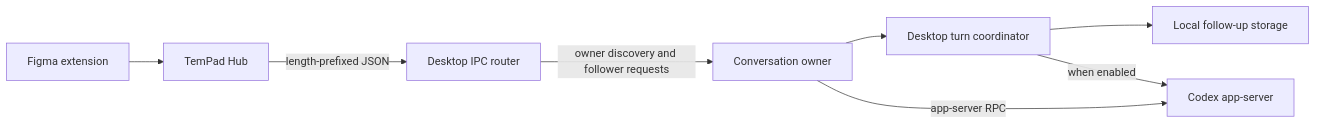
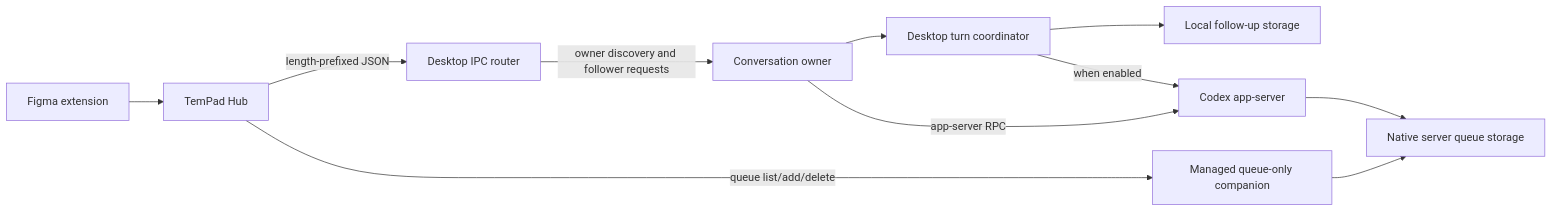
One commit to ecomfe/tempad-dev changed the diagram in docs/engineering/codex-desktop-ipc.md. Above: the diagram before and after it, drawn with Mermaid. The commit also changed other lines of this file and 2 other files, not shown here.

Commit message:
docs: reconcile native IPC and runtime verification guidance

````diff
--- a/docs/engineering/codex-desktop-ipc.md
+++ b/docs/engineering/codex-desktop-ipc.md
@@ -322,10 +330,13 @@
 ```mermaid
 flowchart LR
   F[Figma extension] --> H[TemPad Hub]
   H -->|length-prefixed JSON| R[Desktop IPC router]
   R -->|owner discovery and follower requests| O[Conversation owner]
   O --> Q[Desktop turn coordinator]
   O -->|app-server RPC| A[Codex app-server]
   Q --> L[Local follow-up storage]
   Q -->|when enabled| A
+  H -->|queue list/add/delete| C[Managed queue-only companion]
+  C --> S[Native server queue storage]
+  A --> S
 ```
````
